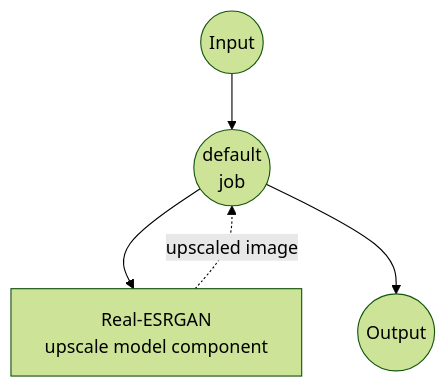
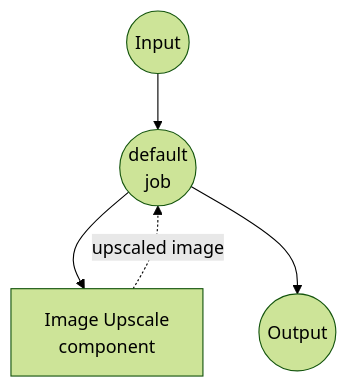
One commit to hanyeol/model-compose changed the diagram in examples/model-tasks/image-upscale/README.md. Above: the diagram before and after it, drawn with Mermaid (forest theme). The commit also changed other lines of this file and 24 other files, not shown here.

````diff
--- a/examples/model-tasks/image-upscale/README.md
+++ b/examples/model-tasks/image-upscale/README.md
@@ -108,16 +110,16 @@
 ```mermaid
 graph TD
     %% Default job (implicit)
     J1((default<br/>job))
 
     %% Component
-    C1[Real-ESRGAN<br/>upscale model component]
+    C1[Image Upscale<br/>component]
 
     %% Job to component connections (solid: invokes, dotted: returns)
     J1 --> C1
     C1 -.-> |upscaled image| J1
 
     %% Input/Output
     Input((Input)) --> J1
     J1 --> Output((Output))
 ```
````
